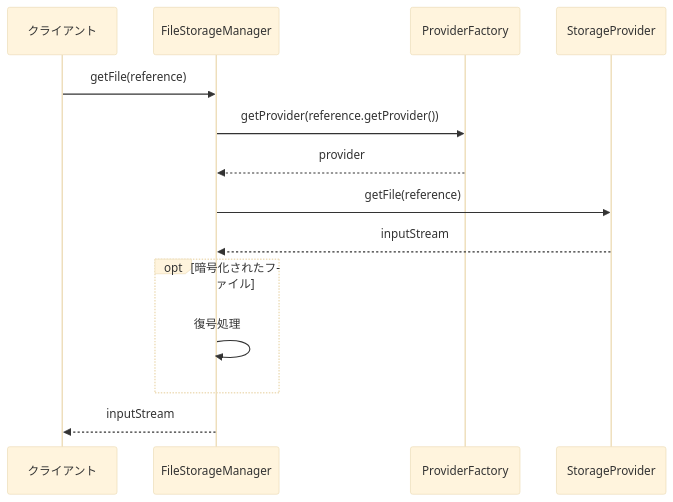
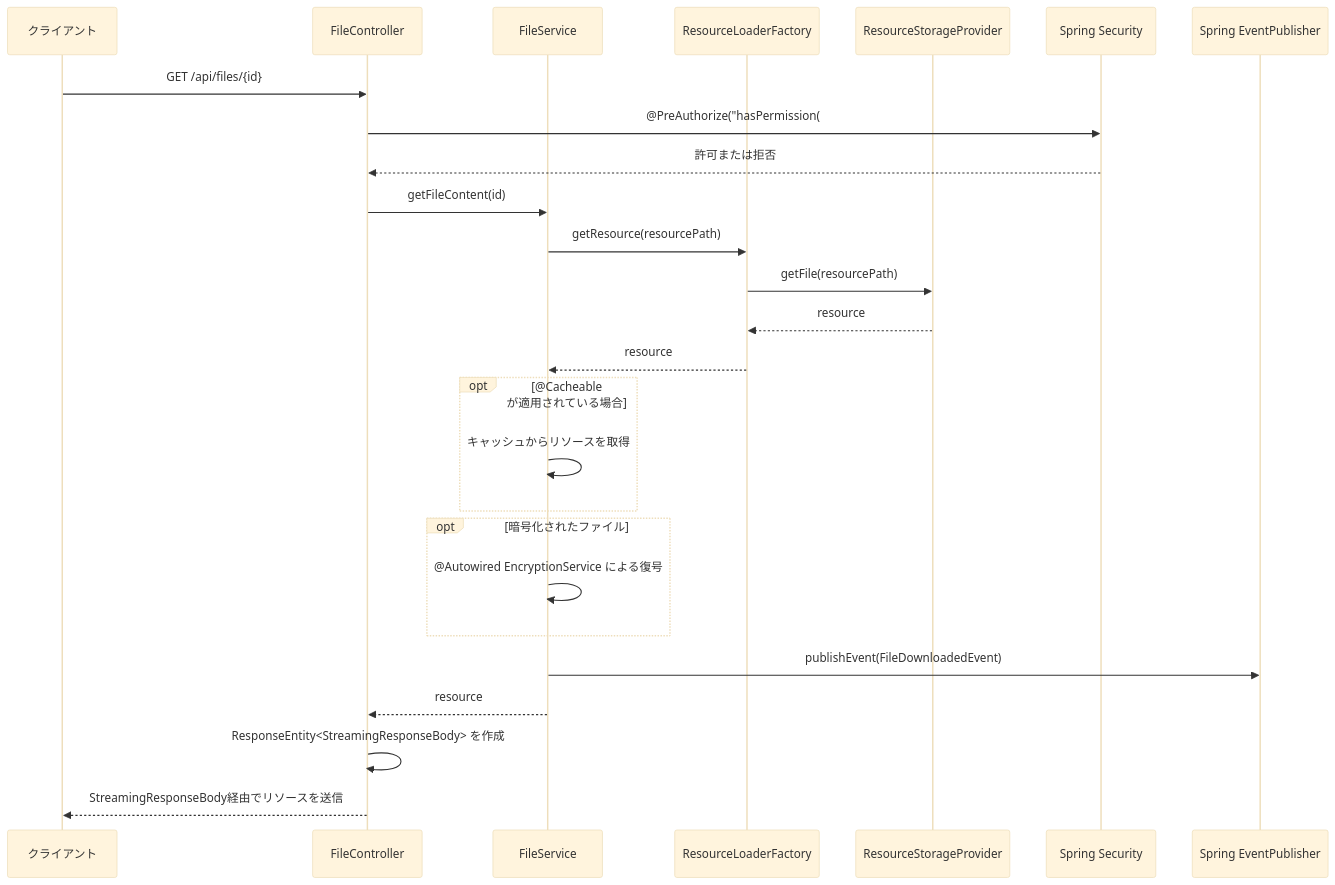
The second of 4 diagrams in docs/03_詳細設計/02_モジュール/01_共通機能/05_ファイル管理機能/04_ファイルストレージ管理.md (fcircle-biz/ses_mgr), drawn with Mermaid (base theme) before and after one commit. The commit also changed other lines of this file and 4 other files, not shown here.

````diff
--- a/docs/03_詳細設計/02_モジュール/01_共通機能/05_ファイル管理機能/04_ファイルストレージ管理.md
+++ b/docs/03_詳細設計/02_モジュール/01_共通機能/05_ファイル管理機能/04_ファイルストレージ管理.md
@@ -201,19 +490,34 @@
 ```mermaid
 sequenceDiagram
     participant Client as クライアント
-    participant Service as FileStorageManager
-    participant Factory as ProviderFactory
-    participant Provider as StorageProvider
+    participant Controller as FileController
+    participant Service as FileService
+    participant Factory as ResourceLoaderFactory
+    participant Provider as ResourceStorageProvider
+    participant Security as Spring Security
+    participant EventBus as Spring EventPublisher
 
-    Client->>Service: getFile(reference)
-    Service->>Factory: getProvider(reference.getProvider())
-    Factory-->>Service: provider
-    Service->>Provider: getFile(reference)
-    Provider-->>Service: inputStream
+    Client->>Controller: GET /api/files/{id}
+    Controller->>Security: @PreAuthorize("hasPermission(#id, 'FILE', 'READ')")
+    Security-->>Controller: 許可または拒否
+
+    Controller->>Service: getFileContent(id)
+    Service->>Factory: getResource(resourcePath)
+    Factory->>Provider: getFile(resourcePath)
+    Provider-->>Factory: resource
+    Factory-->>Service: resource
+
+    opt @Cacheable が適用されている場合
+        Service->>Service: キャッシュからリソースを取得
+    end
 
     opt 暗号化されたファイル
-        Service->>Service: 復号処理
+        Service->>Service: @Autowired EncryptionService による復号
     end
 
-    Service-->>Client: inputStream
+    Service->>EventBus: publishEvent(FileDownloadedEvent)
+    Service-->>Controller: resource
+    
+    Controller->>Controller: ResponseEntity<StreamingResponseBody> を作成
+    Controller-->>Client: StreamingResponseBody経由でリソースを送信
 ```
````
